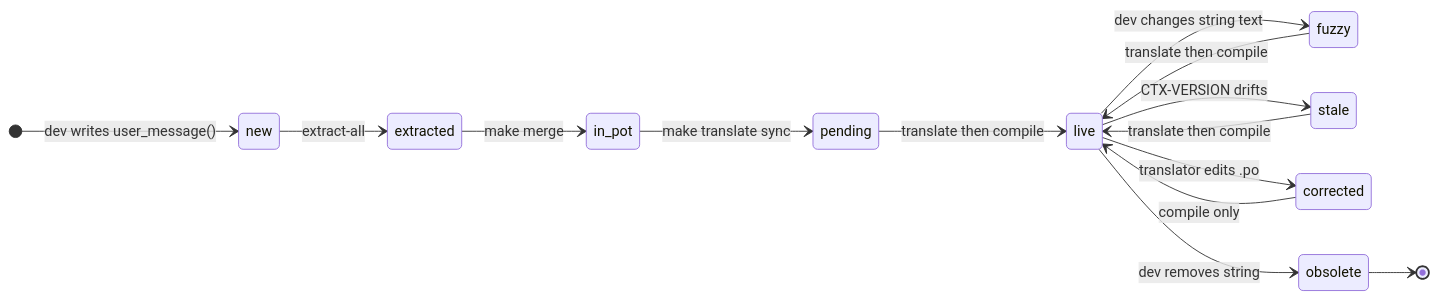
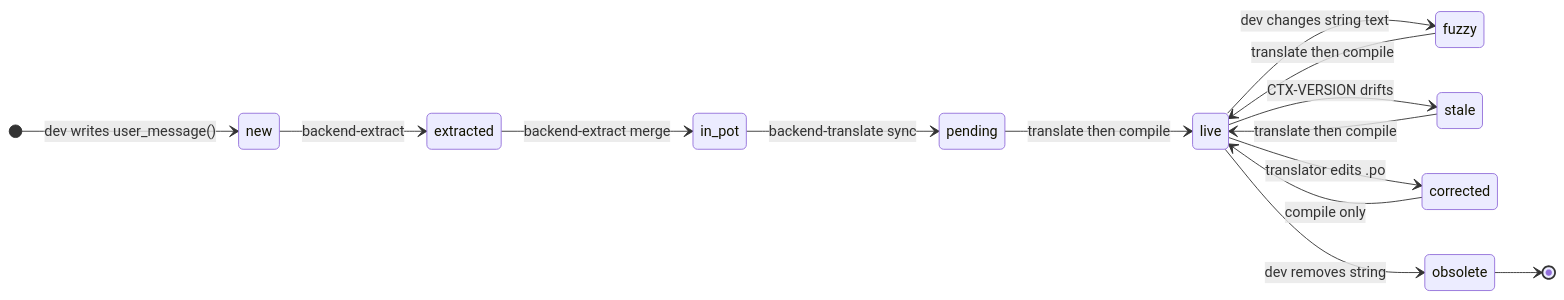
The first of 3 diagrams in scripts/i18n/DESIGN.md (ITISFoundation/osparc-simcore), drawn with Mermaid before and after one commit. The commit also changed other lines of this file and 65 other files, not shown here.

````diff
--- a/scripts/i18n/DESIGN.md
+++ b/scripts/i18n/DESIGN.md
@@ -112,21 +115,21 @@
 ```mermaid
 stateDiagram-v2
     direction LR
     [*] --> new : dev writes user_message()
-    new --> extracted : extract-all
-    extracted --> in_pot : make merge
-    in_pot --> pending : make translate sync
+    new --> extracted : backend-extract
+    extracted --> in_pot : backend-extract merge
+    in_pot --> pending : backend-translate sync
     pending --> live : translate then compile
 
     live --> fuzzy : dev changes string text
     fuzzy --> live : translate then compile
 
     live --> stale : CTX-VERSION drifts
     stale --> live : translate then compile
 
     live --> corrected : translator edits .po
     corrected --> live : compile only
 
     live --> obsolete : dev removes string
     obsolete --> [*]
 ```
````
